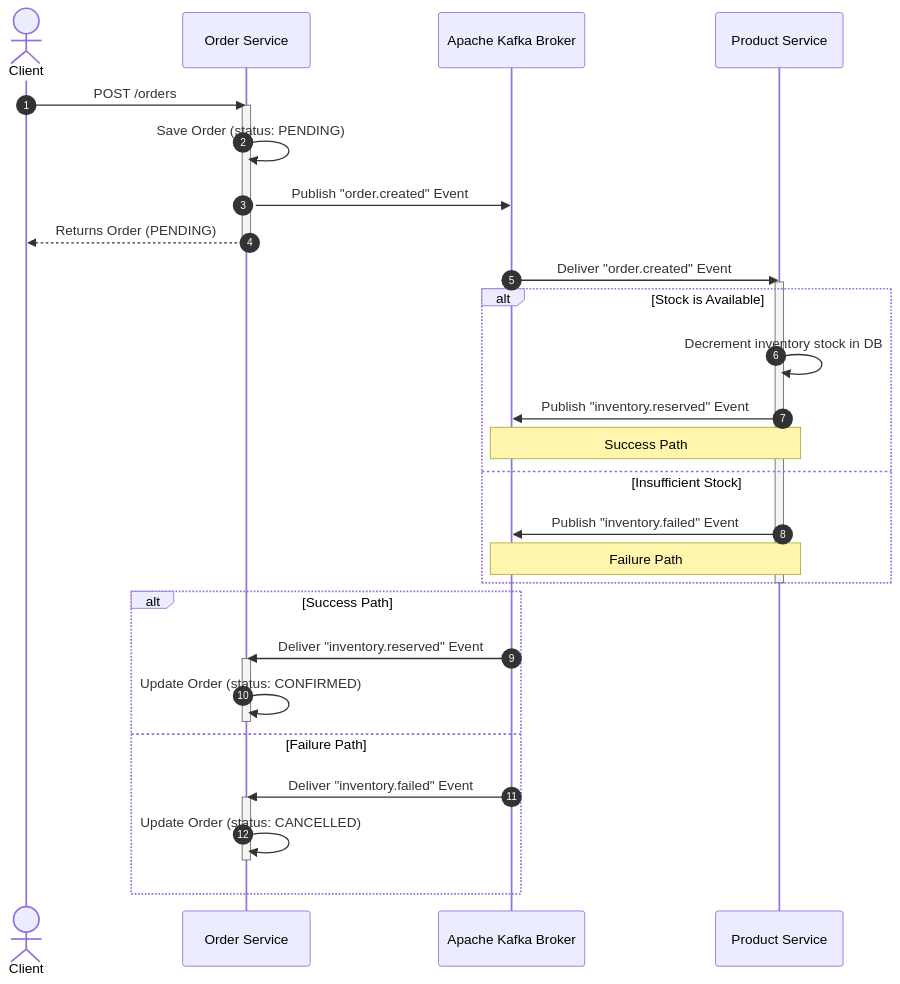
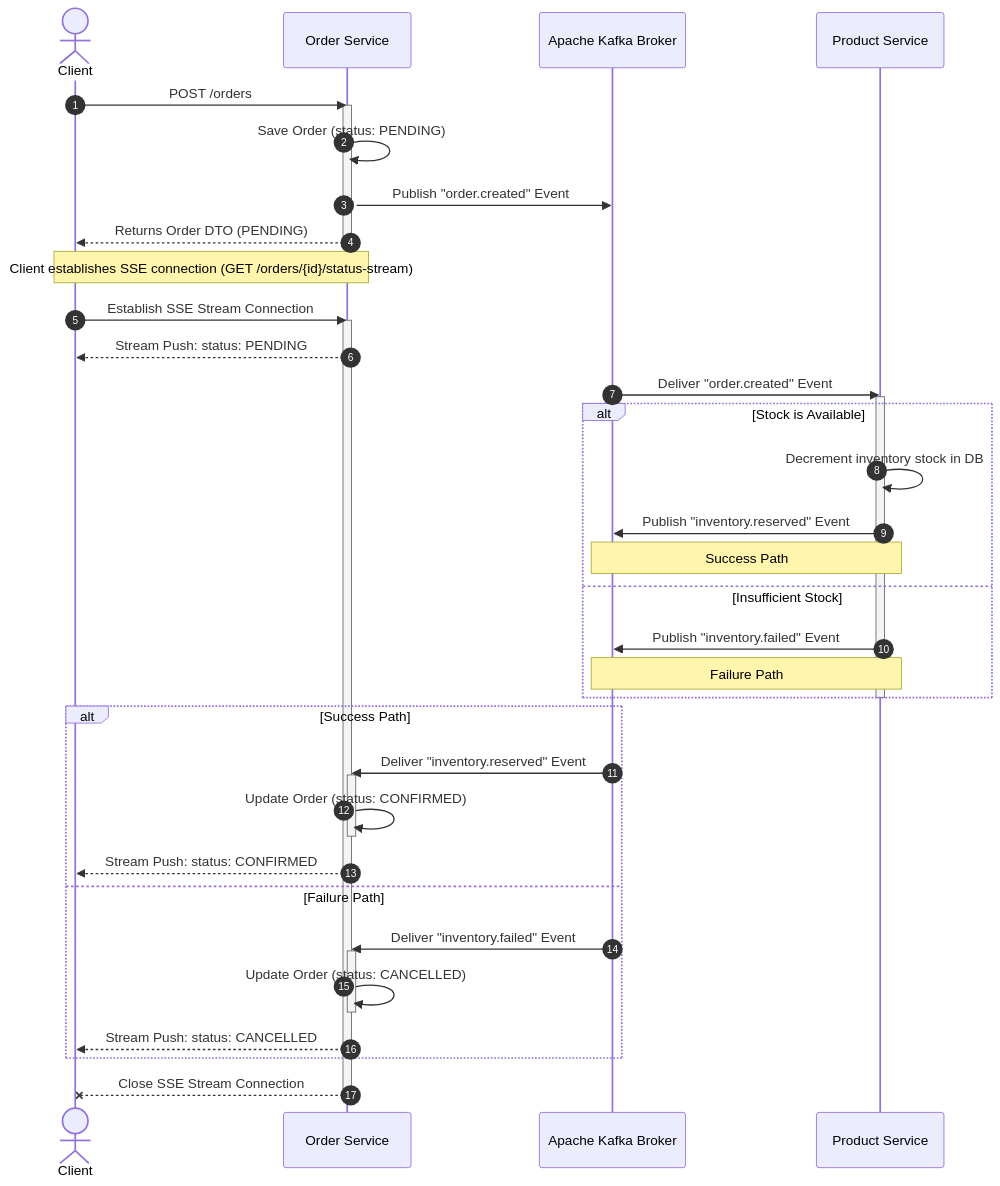
The second of 2 diagrams in README.md (ahmadabd/system_design), drawn with Mermaid before and after one commit. The commit also changed other lines of this file, not shown here.

Commit message:
feat(order): add SSE for get order status.

````diff
--- a/README.md
+++ b/README.md
@@ -149,39 +149,49 @@
 ```mermaid
 sequenceDiagram
     autonumber
     actor Client
     participant OrderService as Order Service
     participant Kafka as Apache Kafka Broker
     participant ProductService as Product Service
 
     Client->>OrderService: POST /orders
     activate OrderService
     OrderService->>OrderService: Save Order (status: PENDING)
     OrderService->>Kafka: Publish "order.created" Event
-    OrderService-->>Client: Returns Order (PENDING)
+    OrderService-->>Client: Returns Order DTO (PENDING)
     deactivate OrderService
+
+    Note over Client, OrderService: Client establishes SSE connection (GET /orders/{id}/status-stream)
+    Client->>OrderService: Establish SSE Stream Connection
+    activate OrderService
+    OrderService-->>Client: Stream Push: status: PENDING
 
     Kafka->>ProductService: Deliver "order.created" Event
     activate ProductService
     alt Stock is Available
         ProductService->>ProductService: Decrement inventory stock in DB
         ProductService->>Kafka: Publish "inventory.reserved" Event
         Note over ProductService, Kafka: Success Path
     else Insufficient Stock
         ProductService->>Kafka: Publish "inventory.failed" Event
         Note over ProductService, Kafka: Failure Path
     end
     deactivate ProductService
 
     alt Success Path
         Kafka->>OrderService: Deliver "inventory.reserved" Event
         activate OrderService
         OrderService->>OrderService: Update Order (status: CONFIRMED)
         deactivate OrderService
+        OrderService-->>Client: Stream Push: status: CONFIRMED
     else Failure Path
         Kafka->>OrderService: Deliver "inventory.failed" Event
         activate OrderService
         OrderService->>OrderService: Update Order (status: CANCELLED)
         deactivate OrderService
+        OrderService-->>Client: Stream Push: status: CANCELLED
     end
+    
+    OrderService--xClient: Close SSE Stream Connection
+    deactivate OrderService
 ```
````
